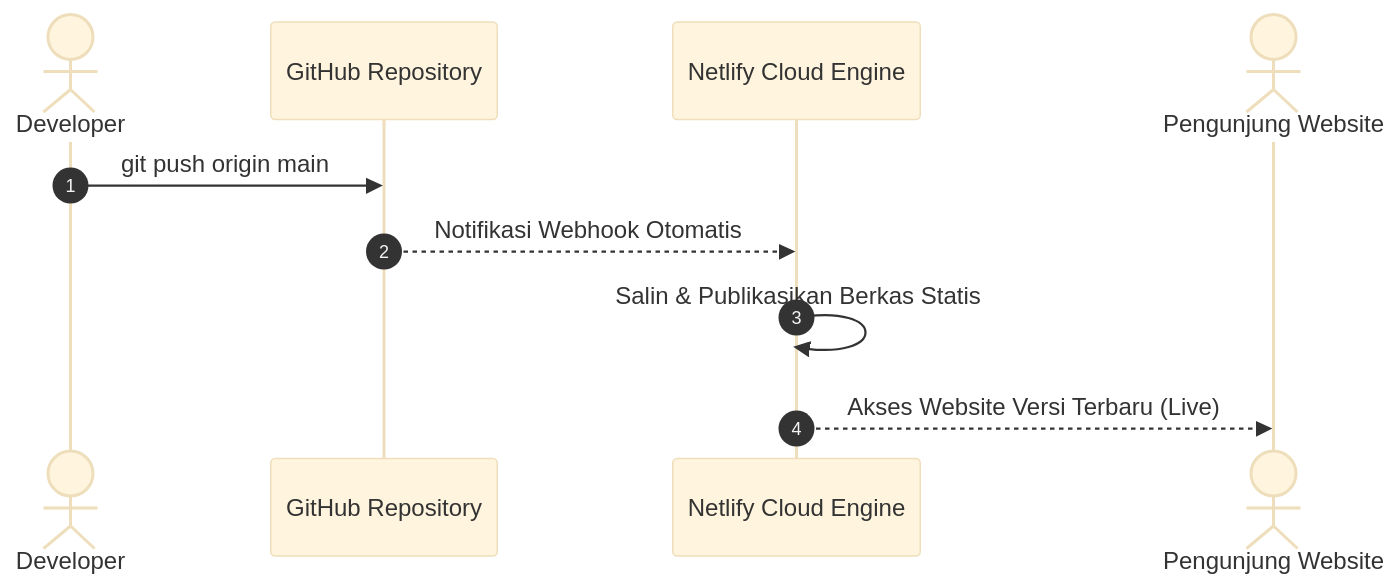
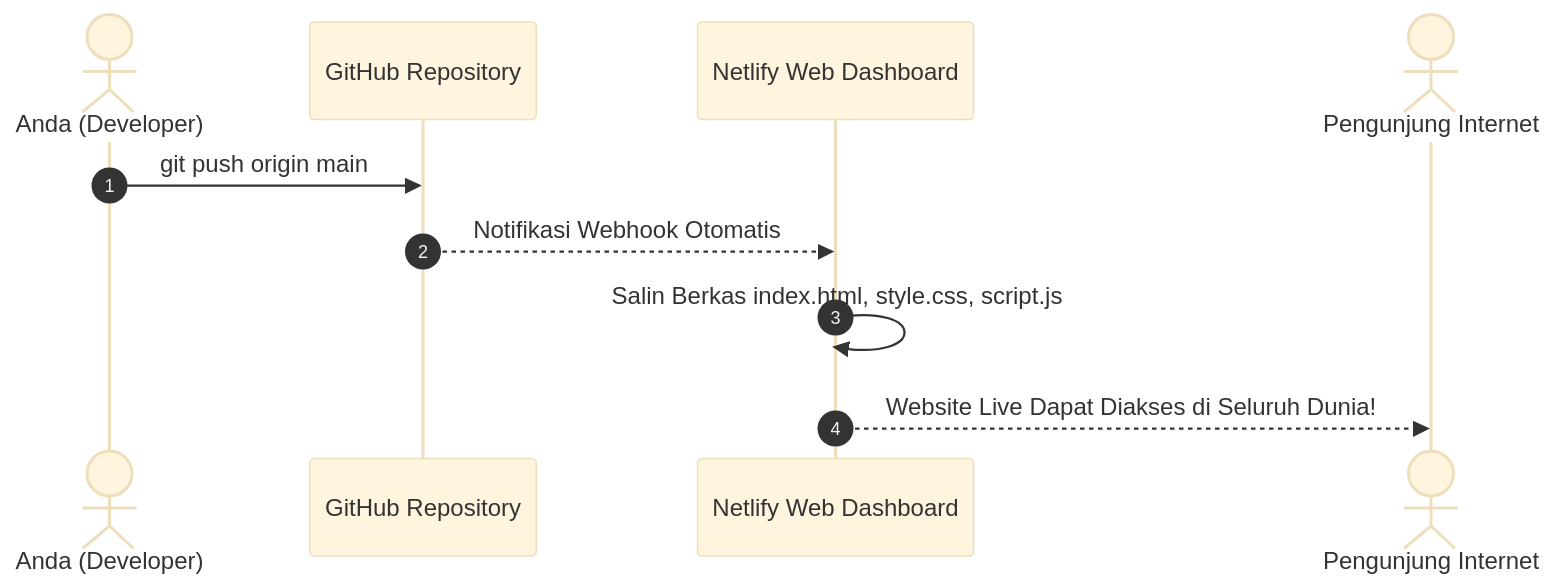
One commit to withered-flowers/materials-ise-2026 changed the diagram in deployment-material/materials/src/content/docs/modul-3/deploy-frontend-statis.mdx. Above: the diagram before and after it, drawn with Mermaid (base theme). The commit also changed other lines of this file and 11 other files, not shown here.

Commit message:
feat: add traditional vs modern deployment, netlify dashboard flow, and lighthouse audit scores

````diff
--- a/deployment-material/materials/src/content/docs/modul-3/deploy-frontend-statis.mdx
+++ b/deployment-material/materials/src/content/docs/modul-3/deploy-frontend-statis.mdx
@@ -101,13 +78,13 @@
 ```mermaid
 sequenceDiagram
     autonumber
-    actor Dev as Developer
-    participant Git as GitHub Repository
-    participant Netlify as Netlify Cloud Engine
-    actor User as Pengunjung Website
+    actor Dev as Anda (Developer)
+    participant GH as GitHub Repository
+    participant Netlify as Netlify Web Dashboard
+    actor User as Pengunjung Internet
 
-    Dev->>Git: git push origin main
-    Git-->>Netlify: Notifikasi Webhook Otomatis
-    Netlify->>Netlify: Salin & Publikasikan Berkas Statis
-    Netlify-->>User: Akses Website Versi Terbaru (Live)
+    Dev->>GH: git push origin main
+    GH-->>Netlify: Notifikasi Webhook Otomatis
+    Netlify->>Netlify: Salin Berkas index.html, style.css, script.js
+    Netlify-->>User: Website Live Dapat Diakses di Seluruh Dunia!
 ```
````
